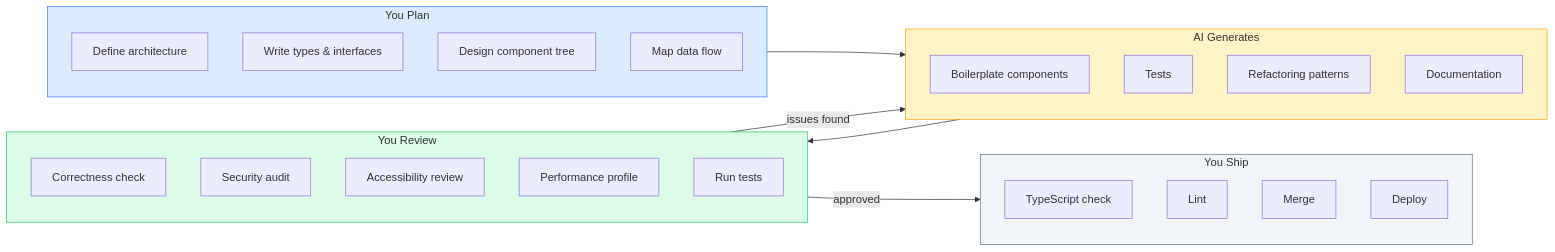
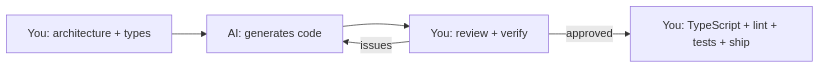
Before and after one commit to ashishxcode/frontend-internals: the diagram in packages/content/content/32-ai-coding-workflows.mdx, drawn with Mermaid. The commit also changed other lines of this file and 34 other files, not shown here.

````diff
--- a/packages/content/content/32-ai-coding-workflows.mdx
+++ b/packages/content/content/32-ai-coding-workflows.mdx
@@ -26,41 +18,7 @@
 ```mermaid
 flowchart LR
-  subgraph Plan["You Plan"]
-    A1["Define architecture"]
-    A2["Write types & interfaces"]
-    A3["Design component tree"]
-    A4["Map data flow"]
-  end
-
-  subgraph AI["AI Generates"]
-    B1["Boilerplate components"]
-    B2["Tests"]
-    B3["Refactoring patterns"]
-    B4["Documentation"]
-  end
-
-  subgraph Review["You Review"]
-    C1["Correctness check"]
-    C2["Security audit"]
-    C3["Accessibility review"]
-    C4["Performance profile"]
-    C5["Run tests"]
-  end
-
-  subgraph Ship["You Ship"]
-    D1["TypeScript check"]
-    D2["Lint"]
-    D3["Merge"]
-    D4["Deploy"]
-  end
-
-  Plan --> AI
-  AI --> Review
-  Review -->|"issues found"| AI
-  Review -->|"approved"| Ship
-
-  style Plan fill:#dbeafe,stroke:#3b82f6
-  style AI fill:#fef3c7,stroke:#f59e0b
-  style Review fill:#dcfce7,stroke:#22c55e
-  style Ship fill:#f1f5f9,stroke:#64748b
+  Plan["You: architecture + types"] --> AI["AI: generates code"]
+  AI --> Review["You: review + verify"]
+  Review -->|"issues"| AI
+  Review -->|"approved"| Ship["You: TypeScript + lint + tests + ship"]
 ```
````
